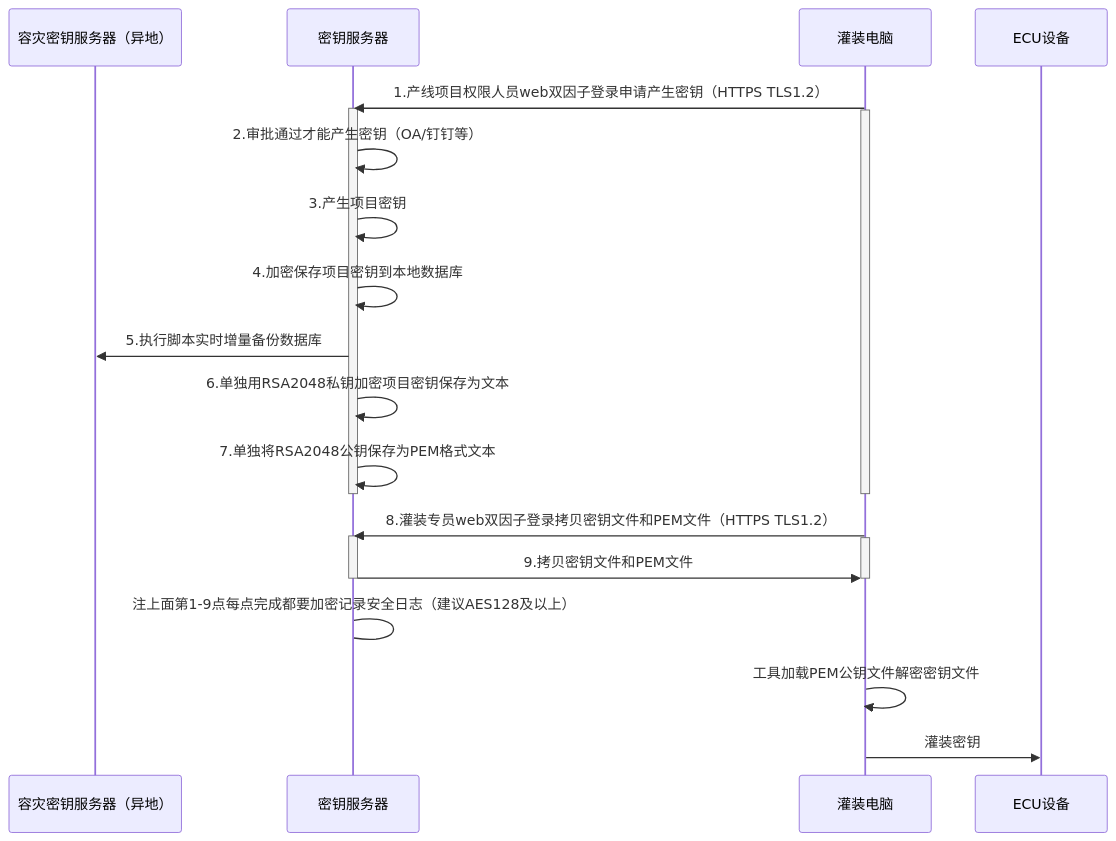
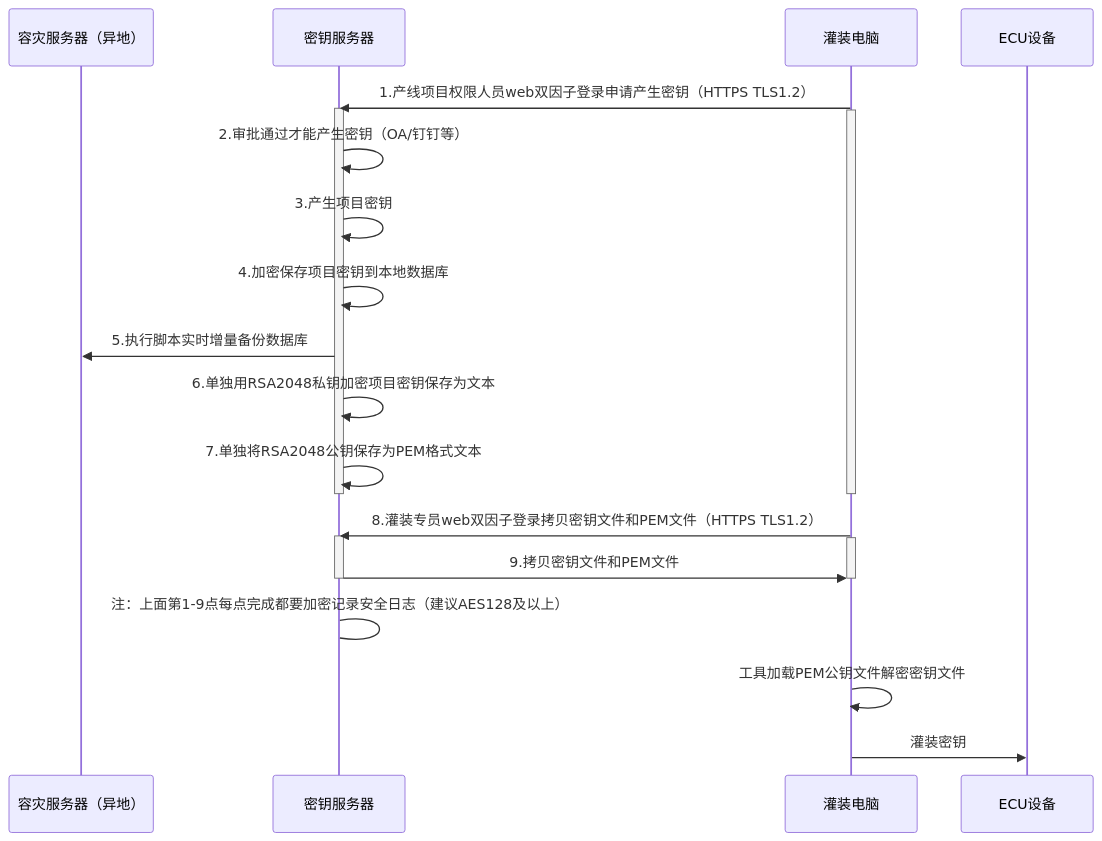
Before and after one commit to facebook-cloud/iodraw-files: the diagram in all/未命名-15.md, drawn with Mermaid.

Commit message:
2026-02-12 16:11:15 update

````diff
--- a/all/未命名-15.md
+++ b/all/未命名-15.md
@@ -1,33 +1,33 @@
 ```mermaid
 sequenceDiagram
-    participant A as 容灾密钥服务器（异地）
+    participant A as 容灾服务器（异地）
     participant B as 密钥服务器
     participant D as 灌装电脑
     participant E as ECU设备
 
     
     D->>B: 1.产线项目权限人员web双因子登录申请产生密钥（HTTPS TLS1.2）
     activate B
     activate D
     B->>B: 2.审批通过才能产生密钥（OA/钉钉等）
     B->>B: 3.产生项目密钥
     B->>B: 4.加密保存项目密钥到本地数据库
     B->>A: 5.执行脚本实时增量备份数据库
     B->>B: 6.单独用RSA2048私钥加密项目密钥保存为文本
     B->>B: 7.单独将RSA2048公钥保存为PEM格式文本
     deactivate B
     deactivate D
 
     
     D->>B: 8.灌装专员web双因子登录拷贝密钥文件和PEM文件（HTTPS TLS1.2）
     activate B
     activate D
     B->>D: 9.拷贝密钥文件和PEM文件
     deactivate B
     deactivate D
-    B->B: 注上面第1-9点每点完成都要加密记录安全日志（建议AES128及以上）
+    B->B: 注：上面第1-9点每点完成都要加密记录安全日志（建议AES128及以上）
 
     D->>D:工具加载PEM公钥文件解密密钥文件
     
     D->>E: 灌装密钥
 ```
````
